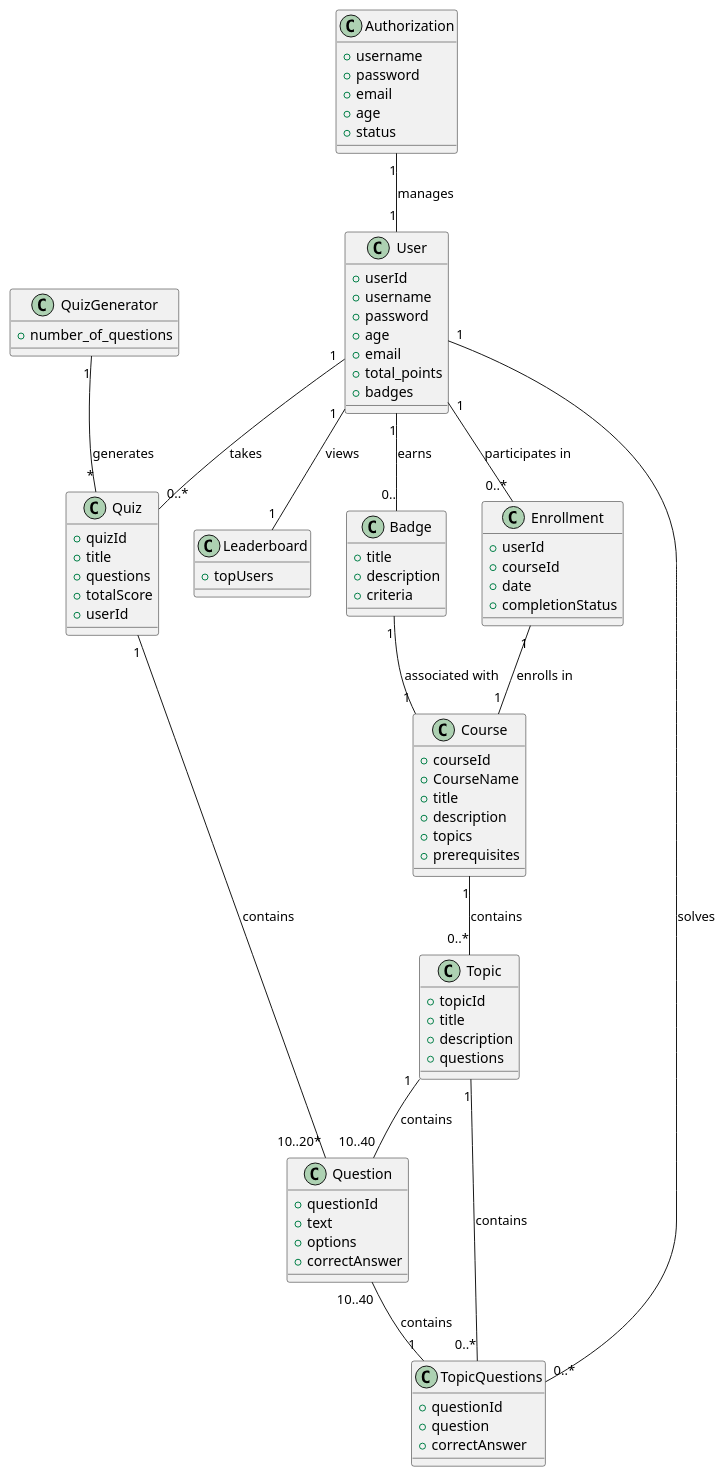
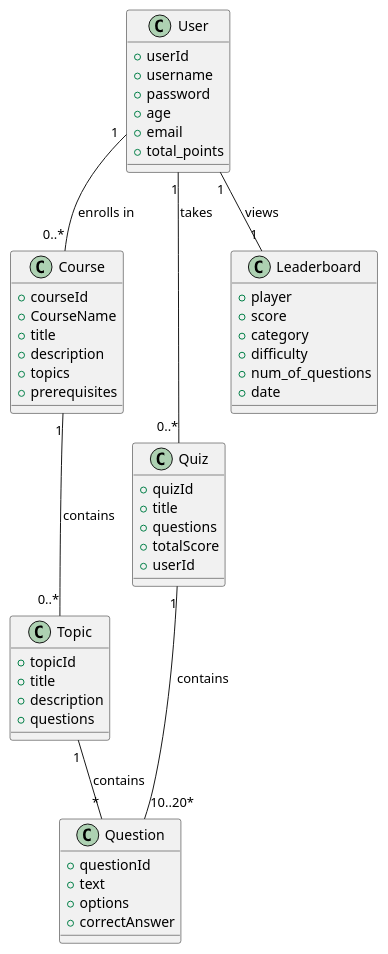
Before and after one commit to Noureqo1/Banana-brain-learning: the diagram in documentation/domain_model.puml, drawn with PlantUML. The commit also changed 3 other files, not shown here.

Commit message:
implemented class diagram

```diff
--- a/documentation/domain_model.puml
+++ b/documentation/domain_model.puml
@@ -1,93 +1,62 @@
 @startuml
 class User
 {
     +userId
     +username
     +password
     +age
     +email
     +total_points
-    +badges
+
 }
 class Course
 {
     +courseId
     +CourseName
     +title
     +description
     +topics
     +prerequisites
 }
 class Topic
 {
     +topicId
     +title
     +description
     +questions
 }
 class Question
 {
     +questionId
     +text
     +options
     +correctAnswer
 }
 class Quiz
 {
     +quizId
     +title
     +questions
     +totalScore
     +userId
 }
 class Leaderboard
 {
-    +topUsers
+    +player
+    +score
+    +category
+    +difficulty
+    +num_of_questions
+    +date
 }
 
-class Badge
-{
-    +title
-    +description
-    +criteria
-}
-class Enrollment
-{
-    +userId
-    +courseId
-    +date
-    +completionStatus
-}
-class TopicQuestions
-{
-    +questionId
-    +question
-    +correctAnswer
-}
-class Authorization
-{
-    +username
-    +password
-    +email
-    +age
-    +status
-}
-class QuizGenerator
-{
-    +number_of_questions
-}
-User "1" -- "0..*" Enrollment : participates in
+
 User "1" -- "1" Leaderboard : views
-Enrollment "1" -- "1" Course : enrolls in
+User "1" -- "0..*" Course : enrolls in
 Course "1" -- "0..*" Topic : contains
-Topic "1" -- "10..40" Question : contains
+Topic "1" -- "*" Question : contains
 User "1" -- "0..*" Quiz : takes
 Quiz "1" -- "10..20*" Question : contains
-User "1" -- "0.." Badge : earns
-Authorization "1" -- "1" User : manages
-QuizGenerator "1" -- "*" Quiz : generates
-Topic "1" -- "0..*" TopicQuestions : contains
-Badge "1" -- "1" Course : associated with
-User "1" -- "0..*" TopicQuestions : solves
-Question "10..40" -- "1" TopicQuestions : contains
+
+
 @enduml
```
